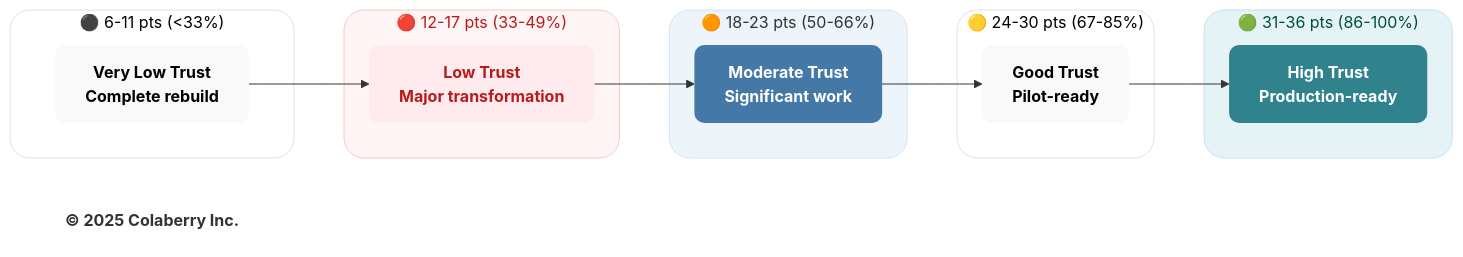
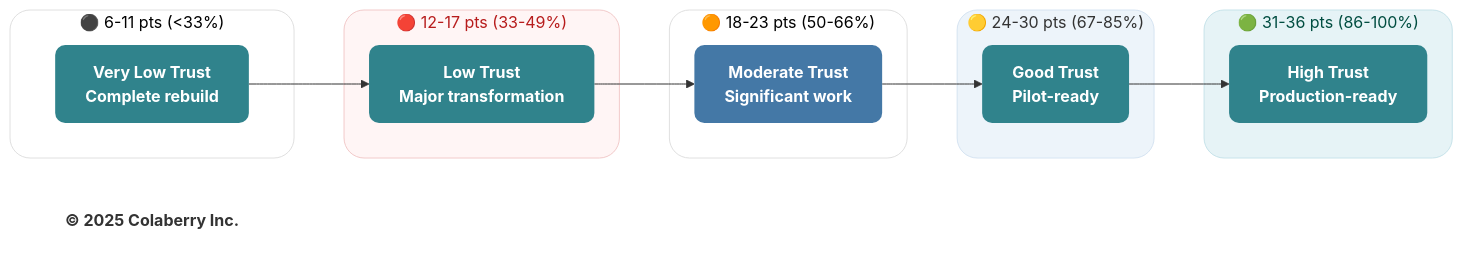
One commit to saitejesh-cyber/trust-before-intelligence-book changed the diagram in mermaid-source/figure-9-3.mmd. Above: the diagram before and after it, drawn with Mermaid. The commit also changed 21 other files, not shown here.

Commit message:
Address Ram feedback for Chapter 4-9 figure palette alignment

```diff
--- a/mermaid-source/figure-9-3.mmd
+++ b/mermaid-source/figure-9-3.mmd
@@ -1,36 +1,36 @@
 graph LR
     subgraph VERYLOW["⚫ 6-11 pts (<33%)"]
         VL["<b>Very Low Trust</b><br/><b>Complete rebuild</b>"]
     end
     
     subgraph LOW["🔴 12-17 pts (33-49%)"]
         L["<b>Low Trust</b><br/><b>Major transformation</b>"]
     end
     
     subgraph MOD["🟠 18-23 pts (50-66%)"]
         M["<b>Moderate Trust</b><br/><b>Significant work</b>"]
     end
     
     subgraph GOOD["🟡 24-30 pts (67-85%)"]
         G["<b>Good Trust</b><br/><b>Pilot-ready</b>"]
     end
     
     subgraph HIGH["🟢 31-36 pts (86-100%)"]
         H["<b>High Trust</b><br/><b>Production-ready</b>"]
     end
     
     VL --> L --> M --> G --> H
     
     Copyright["<b>© 2025 Colaberry Inc.</b>"]
     
     style VERYLOW fill:#ffffff,stroke:#e0e0e0,stroke-width:1px,color:#000000,rx:20,ry:20
     style LOW fill:#fff5f5,stroke:#f2caca,stroke-width:1px,color:#b71c1c,rx:20,ry:20
-    style MOD fill:#edf4fa,stroke:#d6e4f2,stroke-width:1px,color:#333333,rx:20,ry:20
-    style GOOD fill:#ffffff,stroke:#e0e0e0,stroke-width:1px,color:#000000,rx:20,ry:20
+    style MOD fill:#ffffff,stroke:#e0e0e0,stroke-width:1px,color:#000000,rx:20,ry:20
+    style GOOD fill:#edf4fa,stroke:#d6e4f2,stroke-width:1px,color:#333333,rx:20,ry:20
     style HIGH fill:#e6f3f6,stroke:#c7e3ea,stroke-width:1px,color:#004d40,rx:20,ry:20
-    style VL fill:#f9f9f9,stroke:none,color:#000000,rx:10,ry:10
-    style L fill:#ffebee,stroke:none,color:#b71c1c,rx:10,ry:10
+    style VL fill:#30838C,stroke:none,color:#ffffff,rx:10,ry:10
+    style L fill:#30838C,stroke:none,color:#ffffff,rx:10,ry:10
     style M fill:#4478A6,stroke:none,color:#ffffff,rx:10,ry:10
-    style G fill:#f9f9f9,stroke:none,color:#000000,rx:10,ry:10
+    style G fill:#30838C,stroke:none,color:#ffffff,rx:10,ry:10
     style H fill:#30838C,stroke:none,color:#ffffff,rx:10,ry:10
     style Copyright fill:none,stroke:none,color:#333333
```
